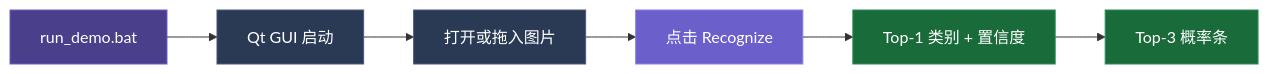
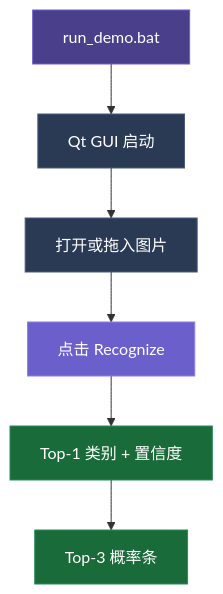
One commit to AnieerLhayK/cppCNN_vibecoding changed the diagram in docs/presentation/slidev/slides.md. Above: the diagram before and after it, drawn with Mermaid. The commit also changed other lines of this file, not shown here.

Commit message:
refactor: enlarge mermaid flowchart, redesign roles slide, merge quote page

````diff
--- a/docs/presentation/slidev/slides.md
+++ b/docs/presentation/slidev/slides.md
@@ -79,14 +79,15 @@
 ```mermaid
-graph LR
+%%{init: {'flowchart': {'useMaxWidth': false}}}%%
+graph TD
   A[run_demo.bat] --> B[Qt GUI 启动]
   B --> C[打开或拖入图片]
   C --> D[点击 Recognize]
   D --> E[Top-1 类别 + 置信度]
   E --> F[Top-3 概率条]
   style A fill:#4a3f8a,stroke:#6b5fcc,color:#fff
   style B fill:#2a3a55,stroke:#4a5a7f,color:#fff
   style C fill:#2a3a55,stroke:#4a5a7f,color:#fff
   style D fill:#6b5fcc,stroke:#8b7fec,color:#fff
   style E fill:#1a6b3a,stroke:#2a8b5a,color:#fff
   style F fill:#1a6b3a,stroke:#2a8b5a,color:#fff
 ```
````
